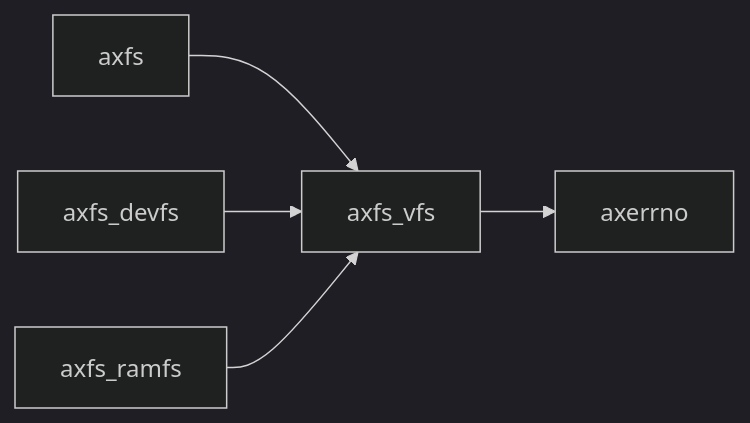
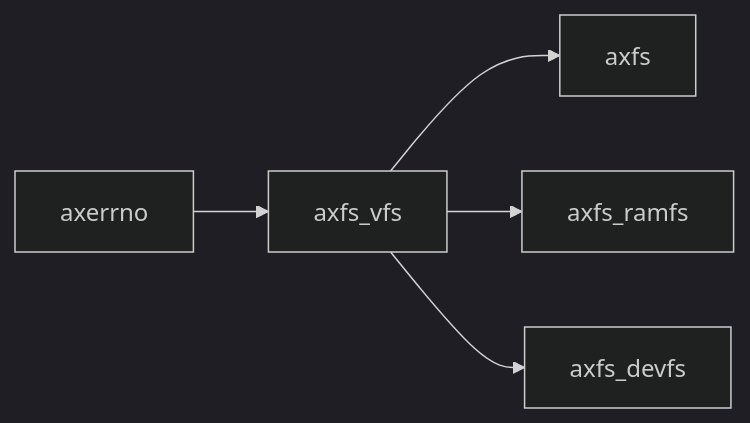
Before and after one commit to rcore-os/tgoskits: the diagram in docs/crates/axfs_vfs.md, drawn with Mermaid (dark theme). The commit also changed other lines of this file and 99 other files, not shown here.

````diff
--- a/docs/crates/axfs_vfs.md
+++ b/docs/crates/axfs_vfs.md
@@ -34,8 +82,8 @@
 ```mermaid
 graph LR
-    current["axfs_vfs"]
-    current --> axerrno["axerrno"]
-    axfs["axfs"] --> current
-    axfs_devfs["axfs_devfs"] --> current
-    axfs_ramfs["axfs_ramfs"] --> current
+    axerrno["axerrno"] --> current["axfs_vfs"]
+
+    current --> axfs["axfs"]
+    current --> axfs_ramfs["axfs_ramfs"]
+    current --> axfs_devfs["axfs_devfs"]
 ```
````
